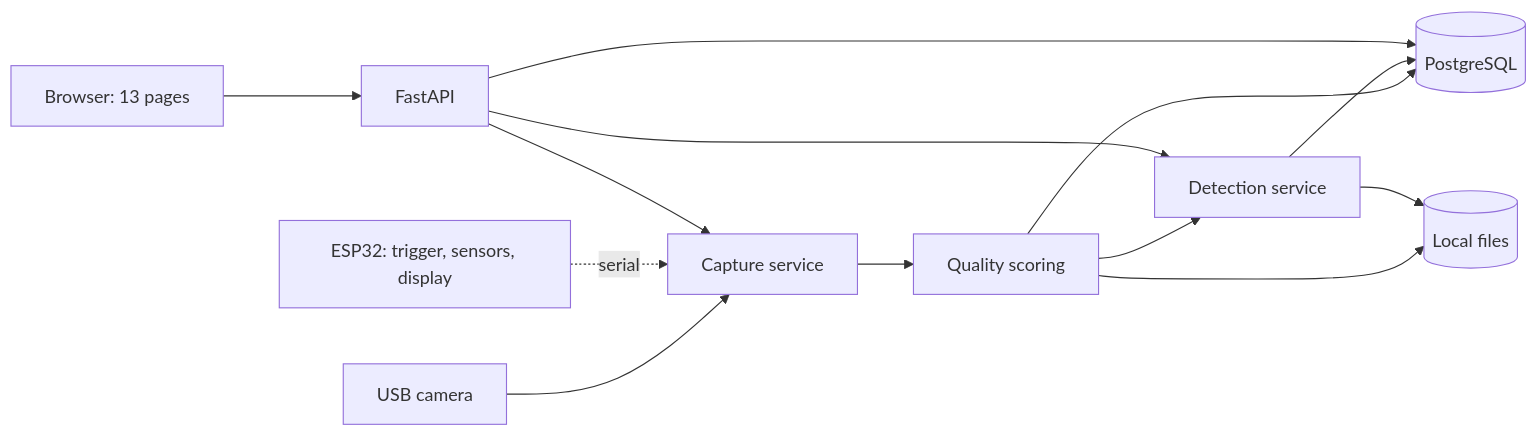
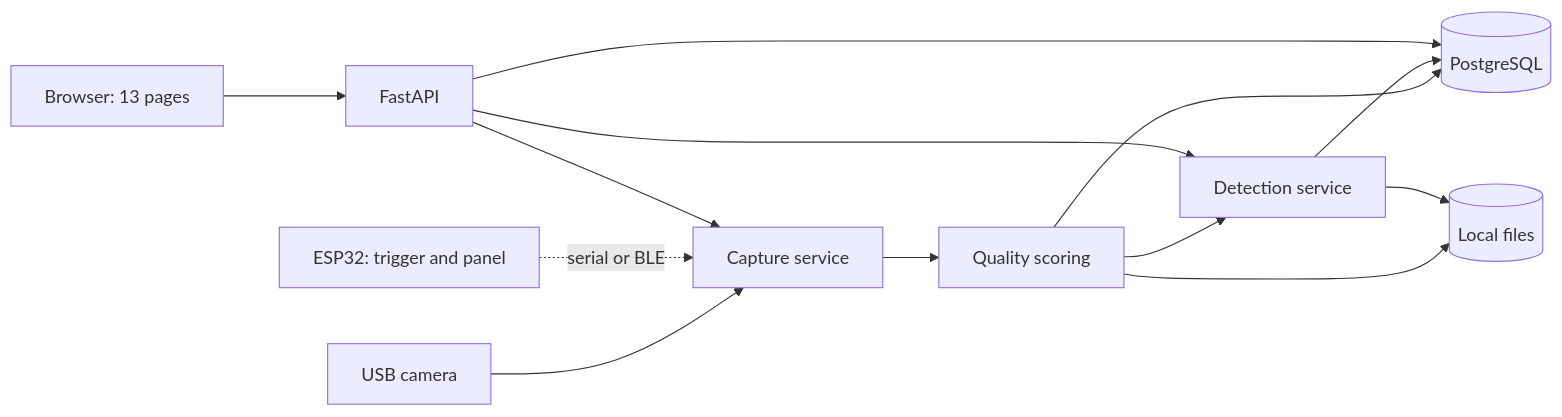
The first of 2 diagrams in docs/architecture-en.md (FrozenYty/aquavision), drawn with Mermaid before and after one commit. The commit also changed other lines of this file and 60 other files, not shown here.

````diff
--- a/docs/architecture-en.md
+++ b/docs/architecture-en.md
@@ -20,15 +20,15 @@
 ```mermaid
 flowchart LR
     CAM[USB camera] --> CAP[Capture service]
-    MCU[ESP32: trigger, sensors, display] -. serial .-> CAP
+    MCU[ESP32: trigger and panel] -. serial or BLE .-> CAP
     CAP --> Q[Quality scoring]
     Q --> DB[(PostgreSQL)]
     Q --> FS[(Local files)]
     Q --> DET[Detection service]
     DET --> DB
     DET --> FS
     WEB[Browser: 13 pages] --> API[FastAPI]
     API --> CAP
     API --> DET
     API --> DB
 ```
````
